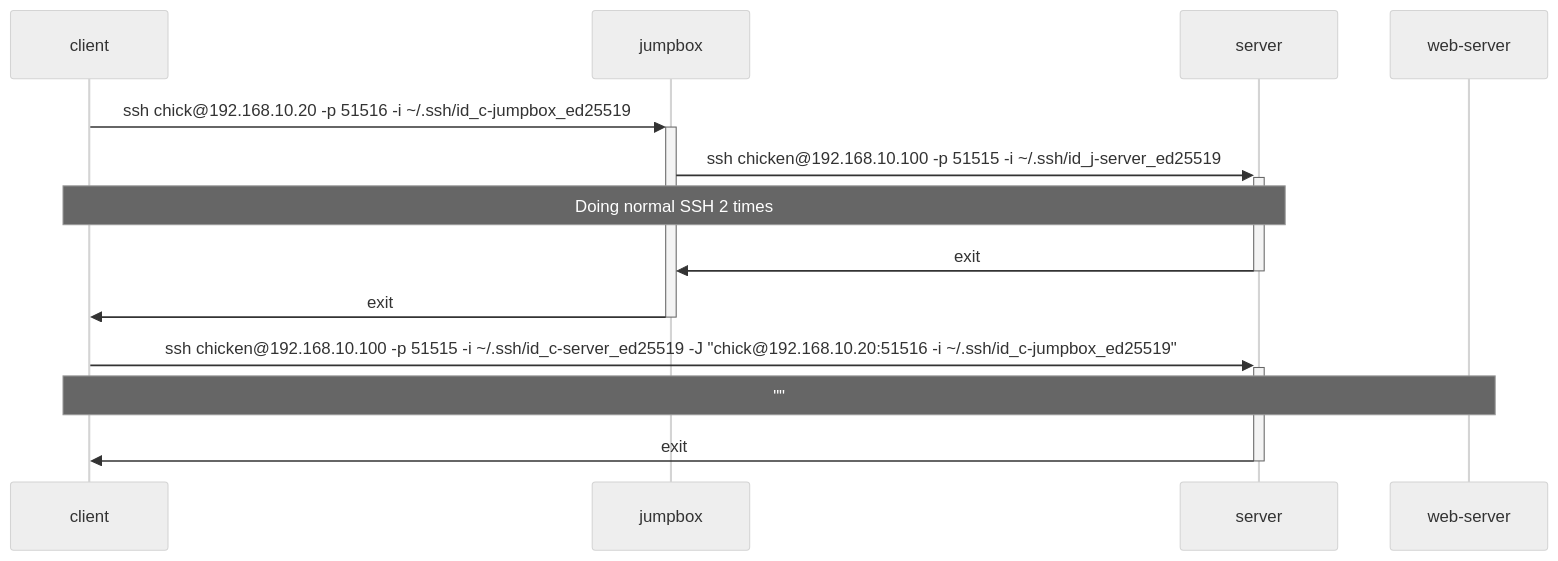
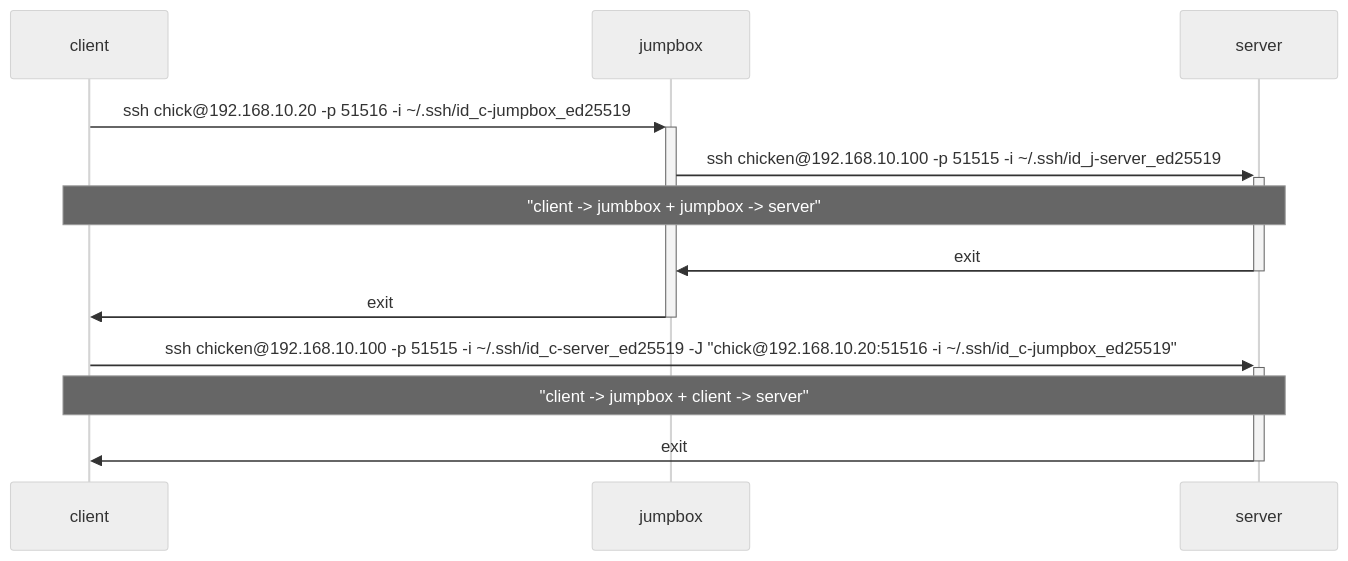
The diagram in proxy-jump.md (qwasium/ssh-memo), drawn with Mermaid (neutral theme) before and after one commit.

````diff
--- a/proxy-jump.md
+++ b/proxy-jump.md
@@ -35,12 +35,12 @@
 ```mermaid
 sequenceDiagram
   client ->> +jumpbox: ssh chick@192.168.10.20 -p 51516 -i ~/.ssh/id_c-jumpbox_ed25519
   jumpbox ->> +server: ssh chicken@192.168.10.100 -p 51515 -i ~/.ssh/id_j-server_ed25519
-  Note over client,server: Doing normal SSH 2 times
+  Note over client,server: "client -> jumbbox + jumpbox -> server"
   server ->> -jumpbox: exit
   jumpbox ->> -client: exit
 
   client ->> +server: ssh chicken@192.168.10.100 -p 51515 -i ~/.ssh/id_c-server_ed25519 -J "chick@192.168.10.20:51516 -i ~/.ssh/id_c-jumpbox_ed25519"
-  Note over client,web-server: ""
+  Note over client,server: "client -> jumpbox + client -> server"
   server ->> -client: exit
 ```
````
